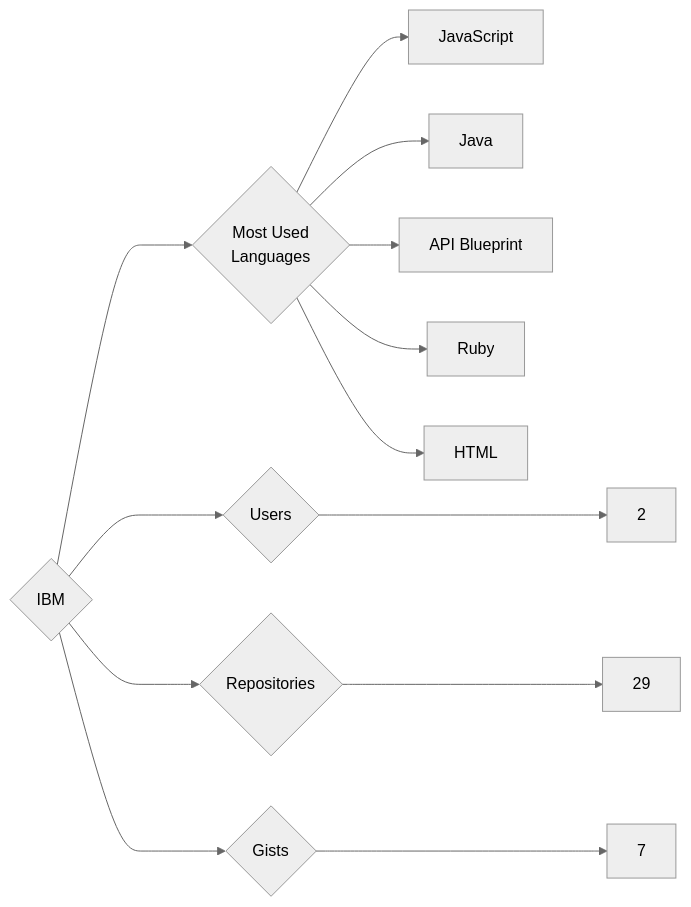
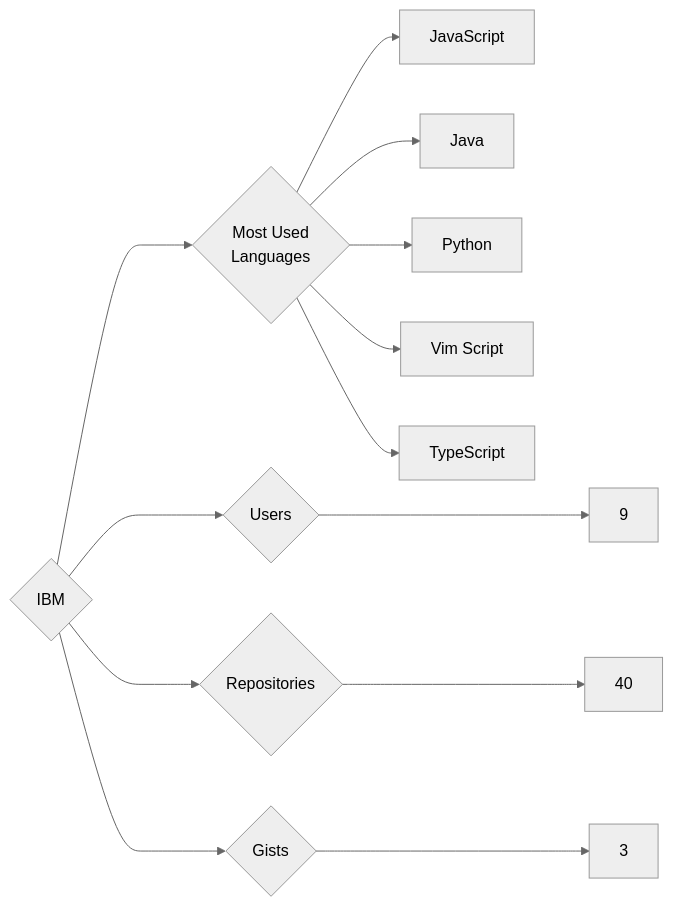
The diagram in targets/IBM/README.md (trickest/insiders), drawn with Mermaid (neutral theme) before and after one commit. The commit also changed 1149 other files, not shown here.

````diff
--- a/targets/IBM/README.md
+++ b/targets/IBM/README.md
@@ -3,13 +3,13 @@
 ```mermaid
 graph LR
 COMPANY_NAME{IBM}
-COMPANY_NAME ---> U{Users} ---> UN[2]
-COMPANY_NAME ---> R{Repositories} ---> RN[29]
-COMPANY_NAME ---> G{Gists} ---> GN[7]
+COMPANY_NAME ---> U{Users} ---> UN[9]
+COMPANY_NAME ---> R{Repositories} ---> RN[40]
+COMPANY_NAME ---> G{Gists} ---> GN[3]
 COMPANY_NAME ---> ML{Most Used<br>Languages}
 ML --> JavaScript[JavaScript]
 ML --> Java[Java]
-ML --> API_Blueprint[API Blueprint]
-ML --> Ruby[Ruby]
-ML --> HTML[HTML]
+ML --> Python[Python]
+ML --> Vim_Script[Vim Script]
+ML --> TypeScript[TypeScript]
 ```
````
